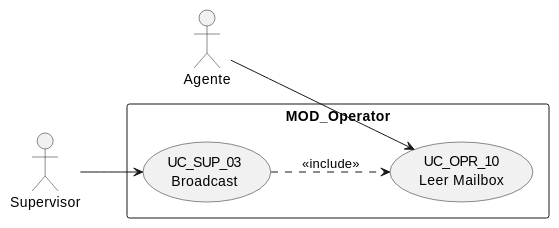
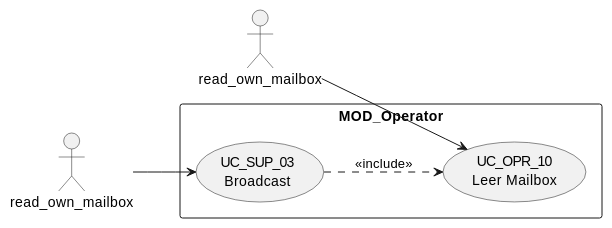
The first of 4 diagrams in source/requisitos/casos-uso/operator/uc-opr-10/diagramas-uml.rst (jcg-admin/IACT-docs), drawn with PlantUML before and after one commit. The commit also changed other lines of this file and 77 other files, not shown here.

First line of the commit message:
Enforce RBAC function names as actors in all UML diagrams

```diff
--- a/source/requisitos/casos-uso/operator/uc-opr-10/diagramas-uml.rst
+++ b/source/requisitos/casos-uso/operator/uc-opr-10/diagramas-uml.rst
@@ -10,14 +10,14 @@
 .. uml::
 
  @startuml
  left to right direction
- actor "Agente" as A
- actor "Supervisor" as S
+ actor "read_own_mailbox" as A
+ actor "read_own_mailbox" as S
  rectangle "MOD_Operator" {
    usecase "UC_OPR_10\nLeer Mailbox" as UC
    usecase "UC_SUP_03\nBroadcast" as B
  }
  S --> B
  B ..> UC : <<include>>
  A --> UC
  @enduml
```
